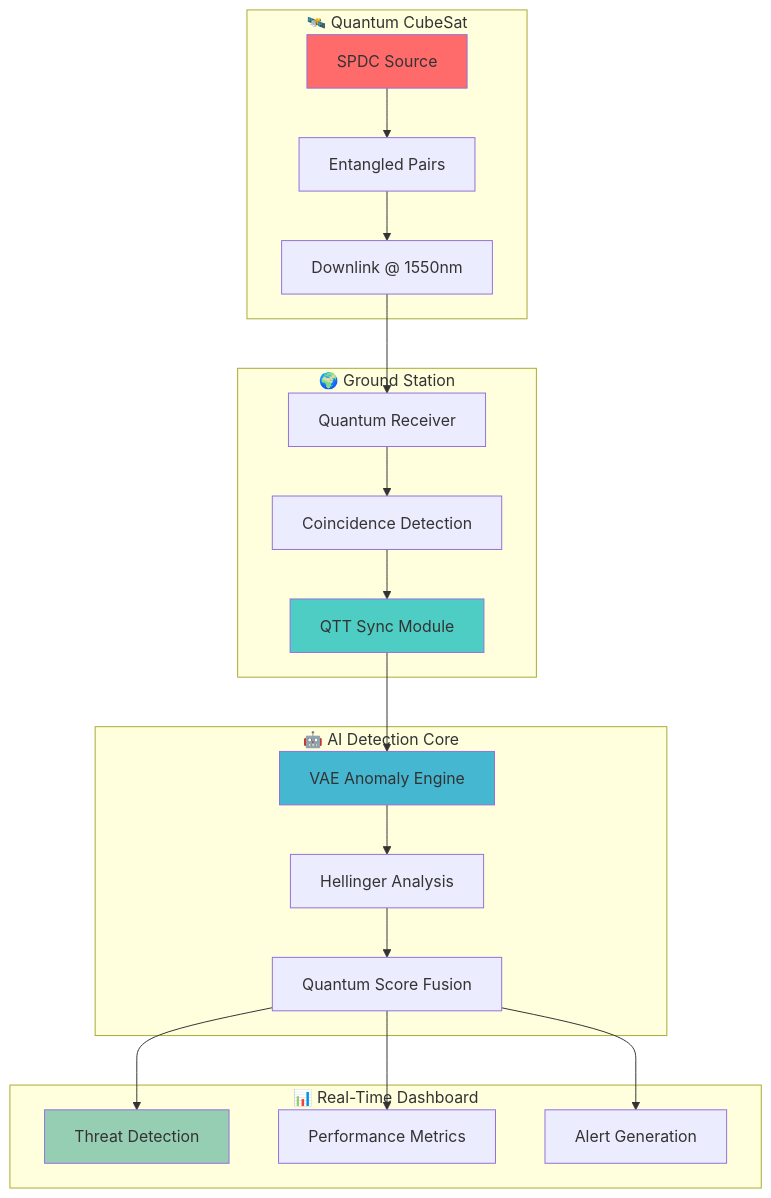
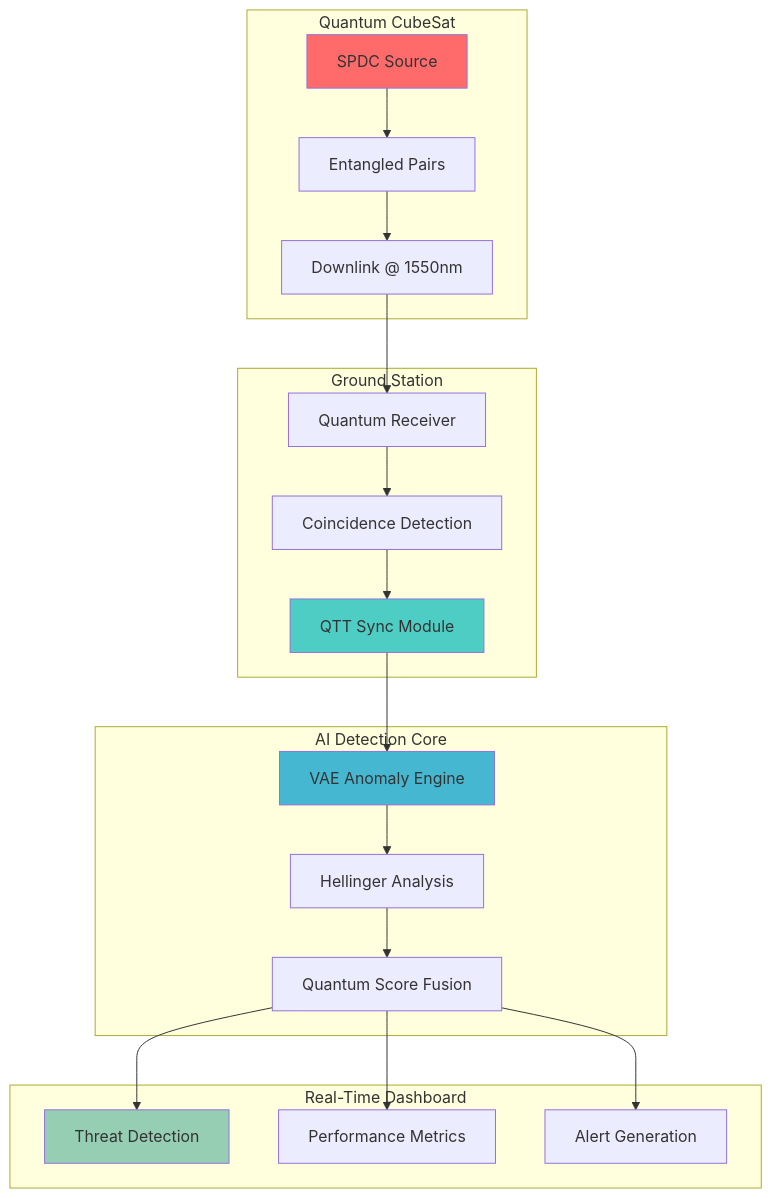
The diagram in README.md (Manvitha3004/Quantum-GNSS), drawn with Mermaid before and after one commit. The commit also changed other lines of this file, not shown here.

````diff
--- a/README.md
+++ b/README.md
@@ -58,30 +58,30 @@
 ```mermaid
 graph TB
-    subgraph "🛰️ Quantum CubeSat"
+    subgraph "Quantum CubeSat"
         A[SPDC Source] --> B[Entangled Pairs]
         B --> C[Downlink @ 1550nm]
     end
     
-    subgraph "🌍 Ground Station"
+    subgraph "Ground Station"
         C --> D[Quantum Receiver]
         D --> E[Coincidence Detection]
         E --> F[QTT Sync Module]
     end
     
-    subgraph "🤖 AI Detection Core"
+    subgraph "AI Detection Core"
         F --> G[VAE Anomaly Engine]
         G --> H[Hellinger Analysis]
         H --> I[Quantum Score Fusion]
     end
     
-    subgraph "📊 Real-Time Dashboard"
+    subgraph "Real-Time Dashboard"
         I --> J[Threat Detection]
         I --> K[Performance Metrics]
         I --> L[Alert Generation]
     end
     
     style A fill:#ff6b6b
     style F fill:#4ecdc4
     style G fill:#45b7d1
     style J fill:#96ceb4
 ```
````
